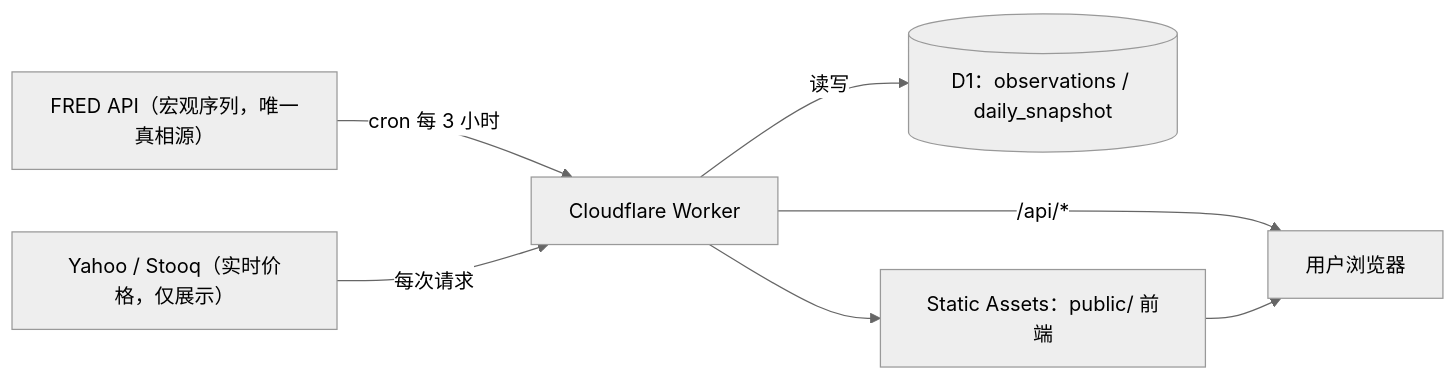
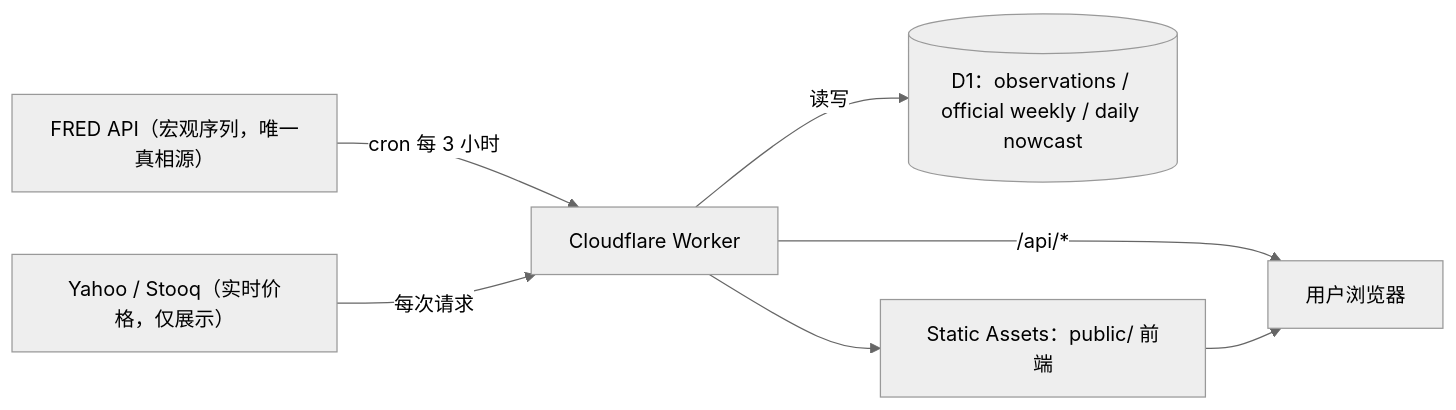
One commit to YSKM523/macro-liquidity changed the first of 2 diagrams in README.md. Above: the diagram before and after it, drawn with Mermaid (neutral theme). The commit also changed other lines of this file and 18 other files, not shown here.

````diff
--- a/README.md
+++ b/README.md
@@ -20,9 +20,9 @@
 ```mermaid
 flowchart LR
   FRED["FRED API（宏观序列，唯一真相源）"] -->|"cron 每 3 小时"| W["Cloudflare Worker"]
   YH["Yahoo / Stooq（实时价格，仅展示）"] -->|"每次请求"| W
-  W -->|"读写"| D1[("D1：observations / daily_snapshot")]
+  W -->|"读写"| D1[("D1：observations / official weekly / daily nowcast")]
   W --> ST["Static Assets：public/ 前端"]
   W -->|"/api/*"| U["用户浏览器"]
   ST --> U
 ```
````
